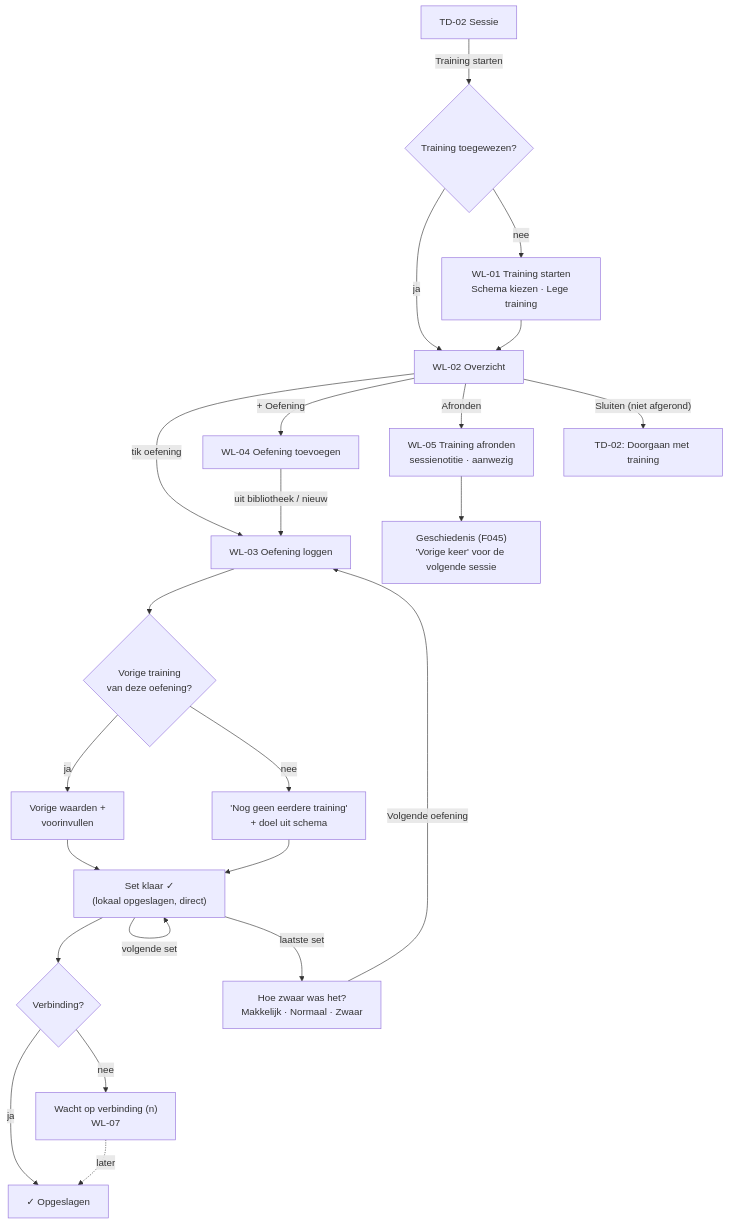
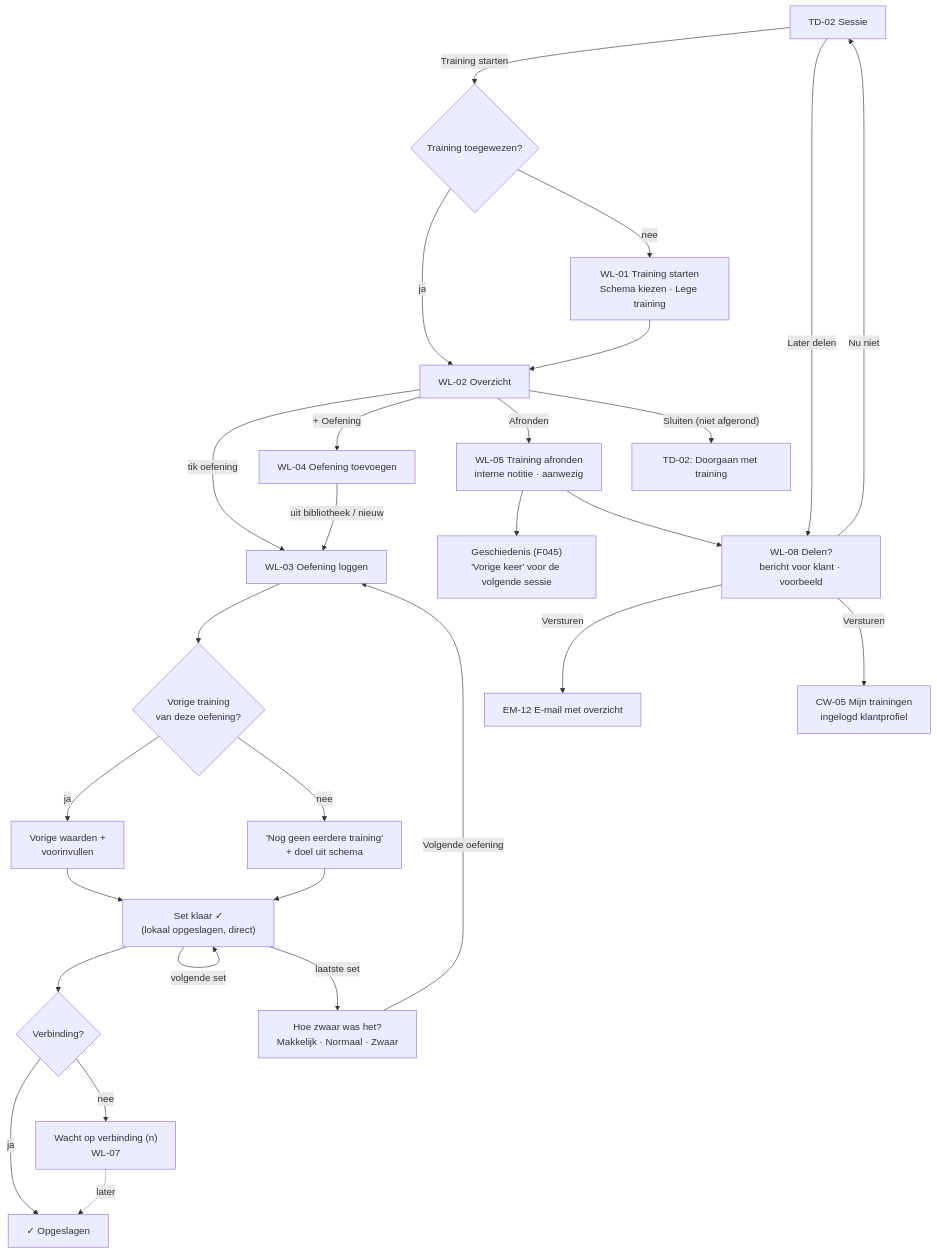
The diagram in docs/design/flows/05-live-workout-logging.md (fivvi-app/fivvi), drawn with Mermaid before and after one commit. The commit also changed other lines of this file and 8 other files, not shown here.

````diff
--- a/docs/design/flows/05-live-workout-logging.md
+++ b/docs/design/flows/05-live-workout-logging.md
@@ -28,24 +29,29 @@
 ```mermaid
 flowchart TD
   td02["TD-02 Sessie"] -- "Training starten" --> hasw{"Training toegewezen?"}
   hasw -- "ja" --> wl02
   hasw -- "nee" --> wl01["WL-01 Training starten<br/>Schema kiezen · Lege training"]
   wl01 --> wl02["WL-02 Overzicht"]
   wl02 -- "tik oefening" --> wl03["WL-03 Oefening loggen"]
   wl02 -- "+ Oefening" --> wl04["WL-04 Oefening toevoegen"]
   wl04 -- "uit bibliotheek / nieuw" --> wl03
   wl03 --> prev{"Vorige training<br/>van deze oefening?"}
   prev -- "ja" --> showprev["Vorige waarden +<br/>voorinvullen"]
   prev -- "nee" --> showtarget["'Nog geen eerdere training'<br/>+ doel uit schema"]
   showprev --> log["Set klaar ✓<br/>(lokaal opgeslagen, direct)"]
   showtarget --> log
   log --> sync{"Verbinding?"}
   sync -- "ja" --> synced["✓ Opgeslagen"]
   sync -- "nee" --> queued["Wacht op verbinding (n)<br/>WL-07"] -. "later" .-> synced
   log -- "volgende set" --> log
   log -- "laatste set" --> diff["Hoe zwaar was het?<br/>Makkelijk · Normaal · Zwaar"]
   diff -- "Volgende oefening" --> wl03
-  wl02 -- "Afronden" --> wl05["WL-05 Training afronden<br/>sessienotitie · aanwezig"]
+  wl02 -- "Afronden" --> wl05["WL-05 Training afronden<br/>interne notitie · aanwezig"]
   wl05 --> hist["Geschiedenis (F045)<br/>'Vorige keer' voor de volgende sessie"]
+  wl05 --> wl08["WL-08 Delen?<br/>bericht voor klant · voorbeeld"]
+  wl08 -- "Nu niet" --> td02
+  td02 -- "Later delen" --> wl08
+  wl08 -- "Versturen" --> em12["EM-12 E-mail met overzicht"]
+  wl08 -- "Versturen" --> cw05["CW-05 Mijn trainingen<br/>ingelogd klantprofiel"]
   wl02 -- "Sluiten (niet afgerond)" --> td02b["TD-02: Doorgaan met training"]
 ```
````
